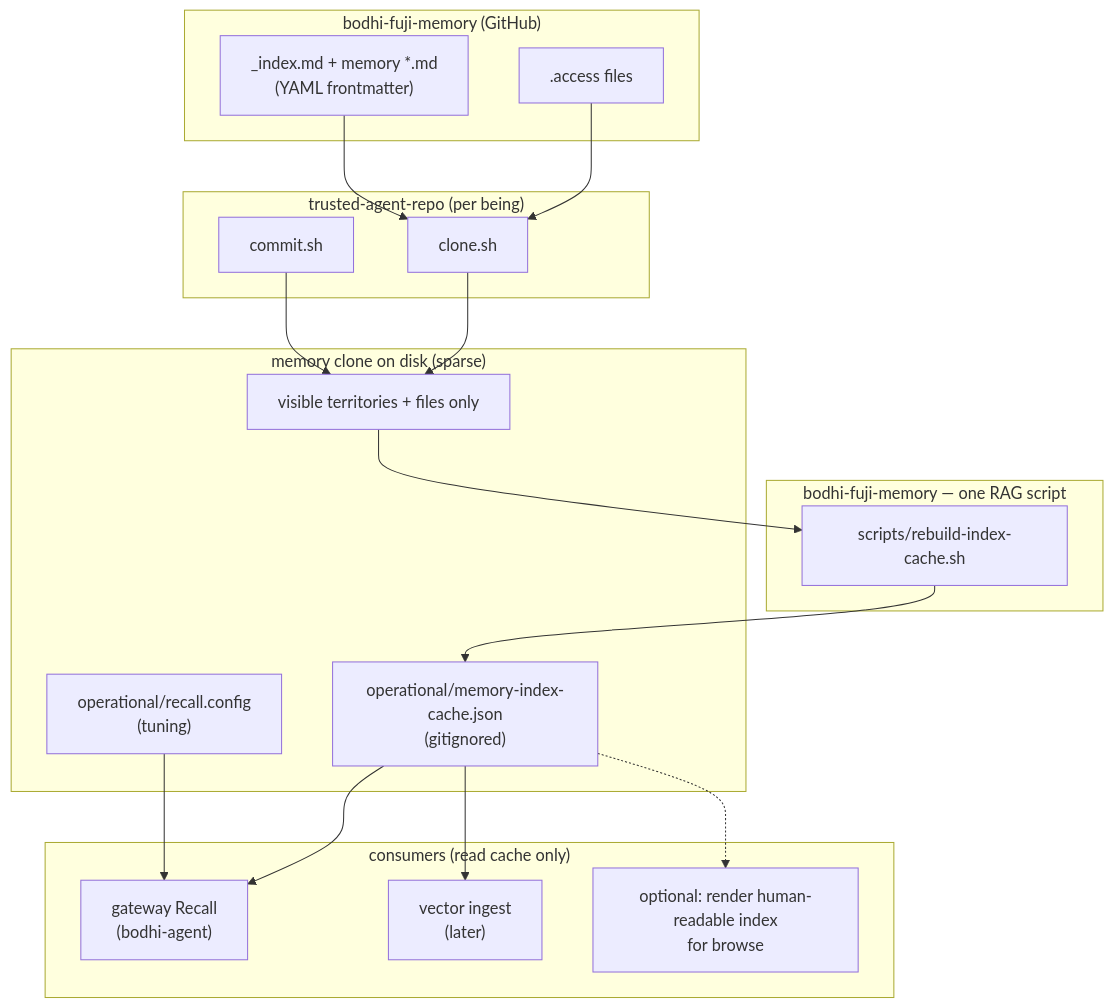
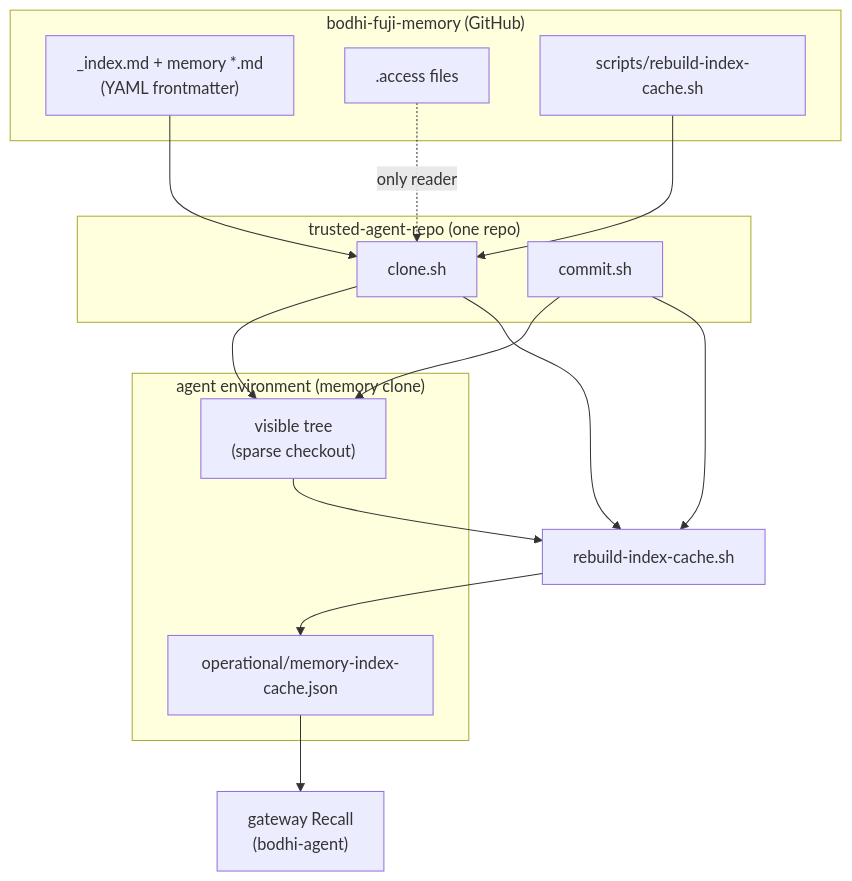
The diagram in task/memory-index-redesign.md (KateYoak/bodhi-fuji-memory), drawn with Mermaid before and after one commit. The commit also changed other lines of this file and 2 other files, not shown here.

First line of the commit message:
Refine memory index design doc and split migration notes.

````diff
--- a/task/memory-index-redesign.md
+++ b/task/memory-index-redesign.md
@@ -423,39 +422,31 @@
 ```mermaid
 flowchart TB
-  subgraph git["bodhi-fuji-memory (GitHub)"]
+  subgraph github["bodhi-fuji-memory (GitHub)"]
     FM["_index.md + memory *.md\n(YAML frontmatter)"]
     ACC[".access files"]
+    SCR["scripts/rebuild-index-cache.sh"]
   end
 
-  subgraph trusted["trusted-agent-repo (per being)"]
+  subgraph trusted["trusted-agent-repo (one repo)"]
     CLONE["clone.sh"]
     COMMIT["commit.sh"]
   end
 
-  subgraph disk["memory clone on disk (sparse)"]
-    VIS["visible territories + files only"]
-    CACHE["operational/memory-index-cache.json\n(gitignored)"]
-    CFG["operational/recall.config\n(tuning)"]
+  subgraph env["agent environment (memory clone)"]
+    VIS["visible tree\n(sparse checkout)"]
+    CACHE["operational/memory-index-cache.json"]
   end
 
-  subgraph rag_script["bodhi-fuji-memory — one RAG script"]
-    REBUILD["scripts/rebuild-index-cache.sh"]
-  end
+  GW["gateway Recall\n(bodhi-agent)"]
 
-  subgraph consumers["consumers (read cache only)"]
-    GW["gateway Recall\n(bodhi-agent)"]
-    VEC["vector ingest\n(later)"]
-    PREVIEW["optional: render human-readable index\nfor browse"]
-  end
-
-  ACC --> CLONE
+  ACC -.->|only reader| CLONE
   FM --> CLONE
+  SCR --> CLONE
   CLONE --> VIS
   COMMIT --> VIS
-  VIS --> REBUILD
-  REBUILD --> CACHE
+  COMMIT --> RUN["rebuild-index-cache.sh"]
+  CLONE --> RUN
+  VIS --> RUN
+  RUN --> CACHE
   CACHE --> GW
-  CACHE --> VEC
-  CACHE -.-> PREVIEW
-  CFG --> GW
 ```
````
